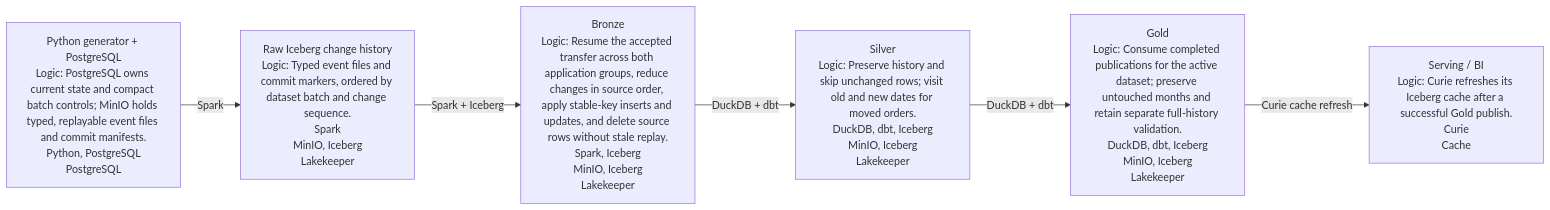
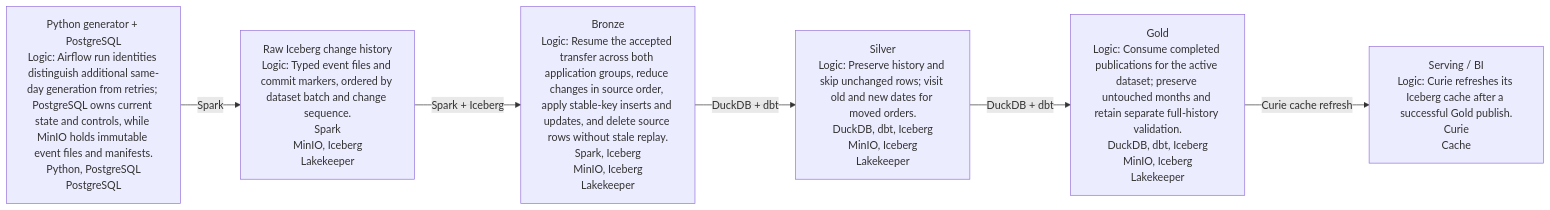
The diagram in docs/dataflow/generated/project_dataflow.md (AntonMiniazev/ampere_project), drawn with Mermaid before and after one commit. The commit also changed 14 other files, not shown here.

Commit message:
feat(generator): allow multiple generation batches per day

````diff
--- a/docs/dataflow/generated/project_dataflow.md
+++ b/docs/dataflow/generated/project_dataflow.md
@@ -5,15 +5,15 @@
 ```mermaid
 flowchart LR
-    L_SOURCE["Python generator + PostgreSQL<br/>Logic: PostgreSQL owns current state and compact batch controls; MinIO holds typed, replayable event files and commit manifests.<br/>Python, PostgreSQL<br/>PostgreSQL"]
+    L_SOURCE["Python generator + PostgreSQL<br/>Logic: Airflow run identities distinguish additional same-day generation from retries; PostgreSQL owns current state and controls, while MinIO holds immutable event files and manifests.<br/>Python, PostgreSQL<br/>PostgreSQL"]
     L_RAW["Raw Iceberg change history<br/>Logic: Typed event files and commit markers, ordered by dataset batch and change sequence.<br/>Spark<br/>MinIO, Iceberg<br/>Lakekeeper"]
     L_BRONZE["Bronze<br/>Logic: Resume the accepted transfer across both application groups, reduce changes in source order, apply stable-key inserts and updates, and delete source rows without stale replay.<br/>Spark, Iceberg<br/>MinIO, Iceberg<br/>Lakekeeper"]
     L_SILVER["Silver<br/>Logic: Preserve history and skip unchanged rows; visit old and new dates for moved orders.<br/>DuckDB, dbt, Iceberg<br/>MinIO, Iceberg<br/>Lakekeeper"]
     L_GOLD["Gold<br/>Logic: Consume completed publications for the active dataset; preserve untouched months and retain separate full-history validation.<br/>DuckDB, dbt, Iceberg<br/>MinIO, Iceberg<br/>Lakekeeper"]
     L_SERVING["Serving / BI<br/>Logic: Curie refreshes its Iceberg cache after a successful Gold publish.<br/>Curie<br/>Cache"]
 
     L_SOURCE -->|"Spark"| L_RAW
     L_RAW -->|"Spark + Iceberg"| L_BRONZE
     L_BRONZE -->|"DuckDB + dbt"| L_SILVER
     L_SILVER -->|"DuckDB + dbt"| L_GOLD
     L_GOLD -->|"Curie cache refresh"| L_SERVING
 ```
````
